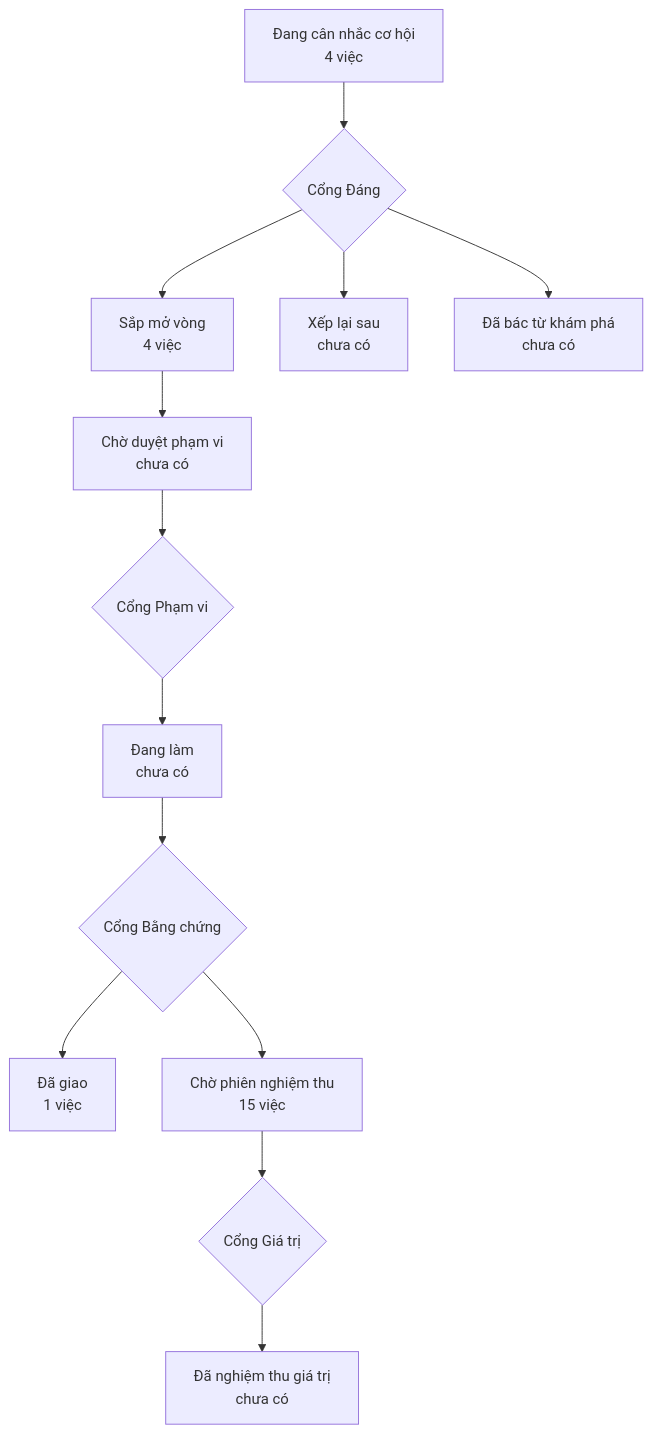
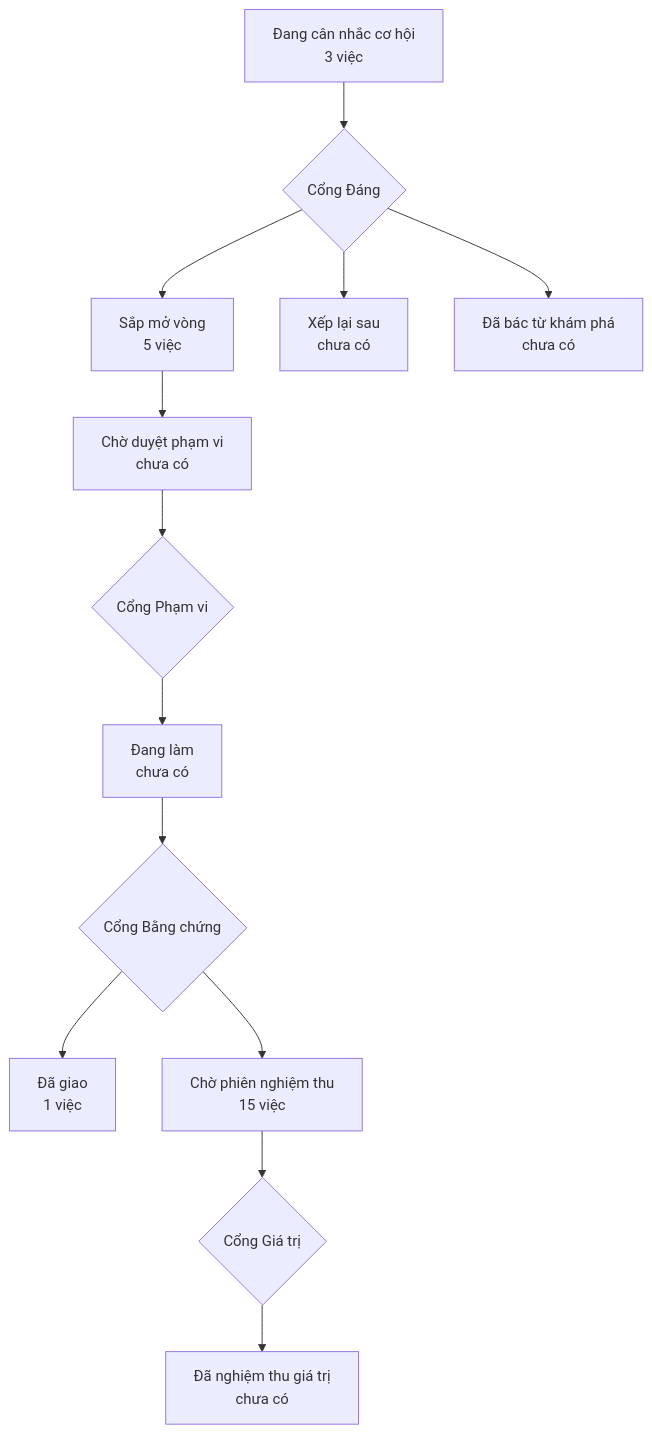
The diagram in PRODUCT-MAP.md (phanlemanh/onehub-inventory), drawn with Mermaid before and after one commit. The commit also changed 2 other files, not shown here.

Commit message:
docs(app-shell-chon-tu-reui): worth gate — build, decided by Manh Phan

````diff
--- a/PRODUCT-MAP.md
+++ b/PRODUCT-MAP.md
@@ -7,12 +7,12 @@
 ```mermaid
 flowchart TD
-  A["Đang cân nhắc cơ hội<br/>4 việc"] --> GD{"Cổng Đáng"}
-  GD --> B["Sắp mở vòng<br/>4 việc"]
+  A["Đang cân nhắc cơ hội<br/>3 việc"] --> GD{"Cổng Đáng"}
+  GD --> B["Sắp mở vòng<br/>5 việc"]
   GD --> XL["Xếp lại sau<br/>chưa có"]
   GD --> DB["Đã bác từ khám phá<br/>chưa có"]
   B --> CD["Chờ duyệt phạm vi<br/>chưa có"] --> GP{"Cổng Phạm vi"}
   GP --> DL["Đang làm<br/>chưa có"] --> GB{"Cổng Bằng chứng"}
   GB --> DG["Đã giao<br/>1 việc"]
   GB --> CN["Chờ phiên nghiệm thu<br/>15 việc"] --> GG{"Cổng Giá trị"}
   GG --> NT["Đã nghiệm thu giá trị<br/>chưa có"]
 ```
````
